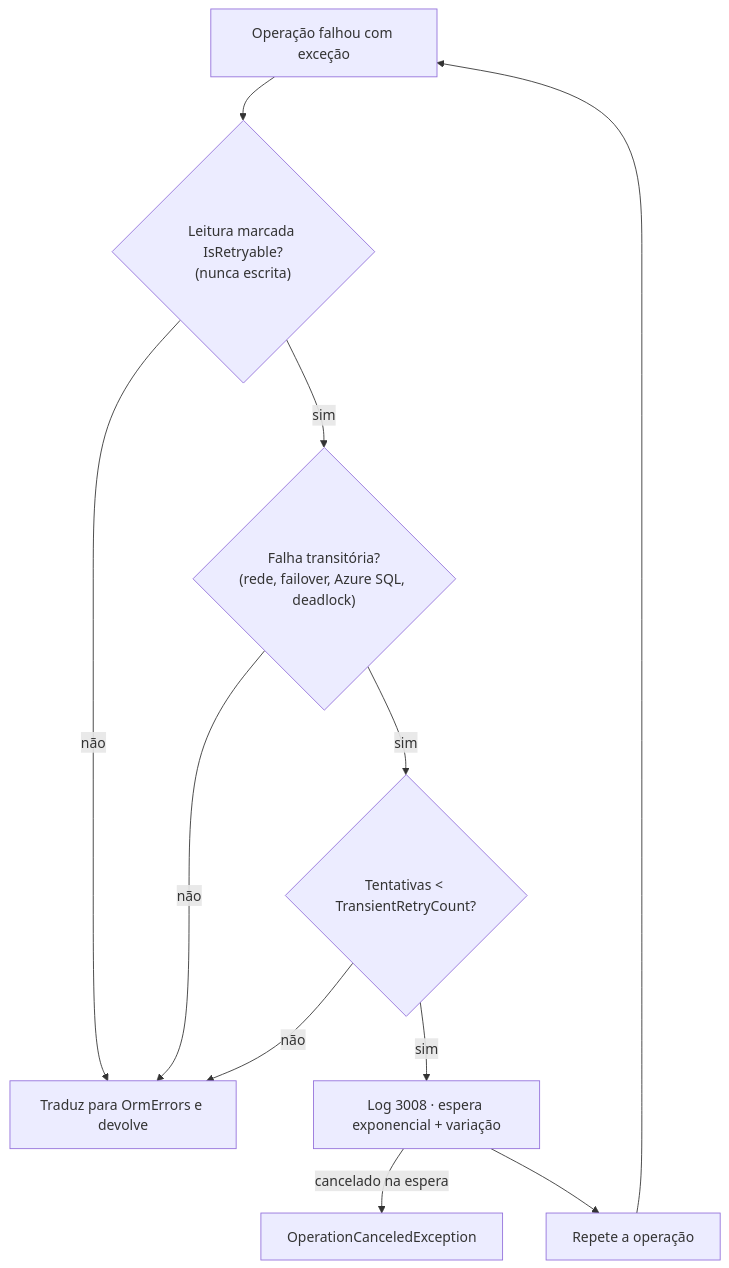
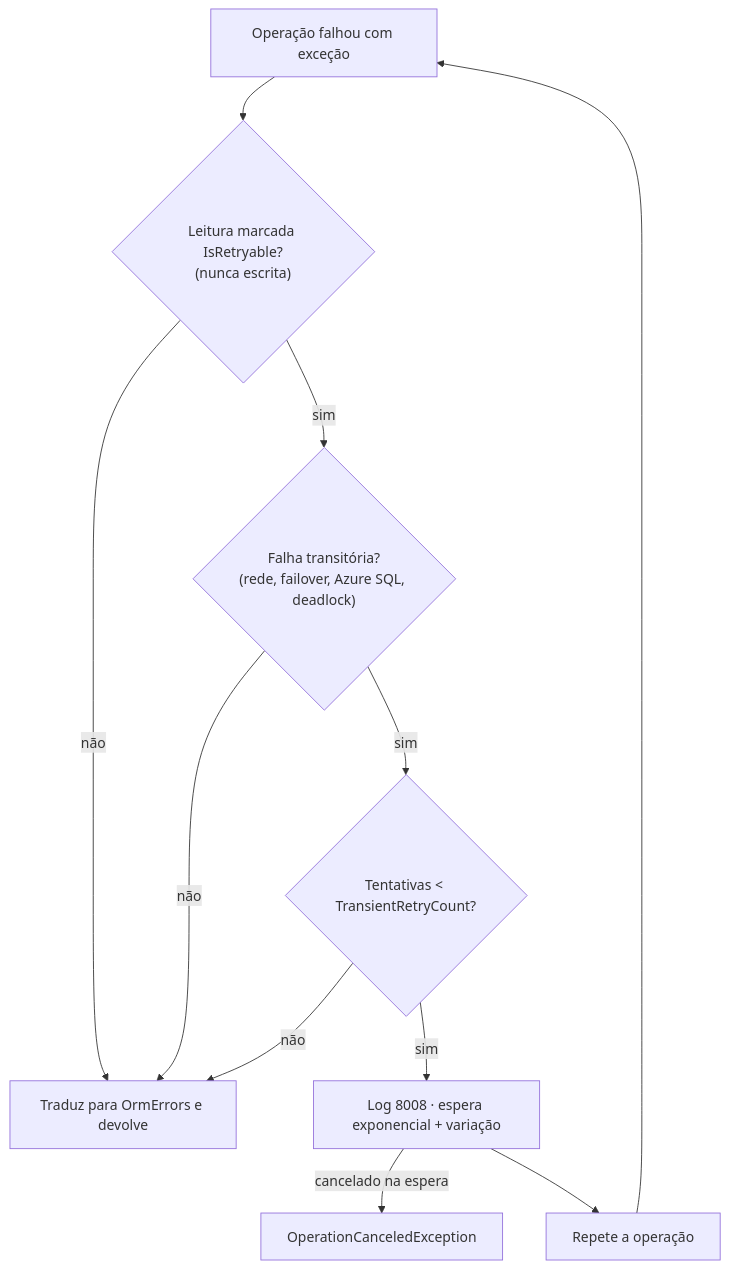
Before and after one commit to tudoemcodigo/lib-tec-orm: the diagram in docs/resiliencia.md, drawn with Mermaid. The commit also changed other lines of this file and 27 other files, not shown here.

````diff
--- a/docs/resiliencia.md
+++ b/docs/resiliencia.md
@@ -27,13 +27,13 @@
 ```mermaid
 flowchart TD
     A["Operação falhou com exceção"] --> B{"Leitura marcada IsRetryable?<br/>(nunca escrita)"}
     B -- não --> F["Traduz para OrmErrors e devolve"]
     B -- sim --> C{"Falha transitória?<br/>(rede, failover, Azure SQL, deadlock)"}
     C -- não --> F
     C -- sim --> D{"Tentativas < TransientRetryCount?"}
     D -- não --> F
-    D -- sim --> E["Log 3008 · espera exponencial + variação"]
+    D -- sim --> E["Log 8008 · espera exponencial + variação"]
     E -->|"cancelado na espera"| X["OperationCanceledException"]
     E --> R["Repete a operação"]
     R --> A
 ```
````
